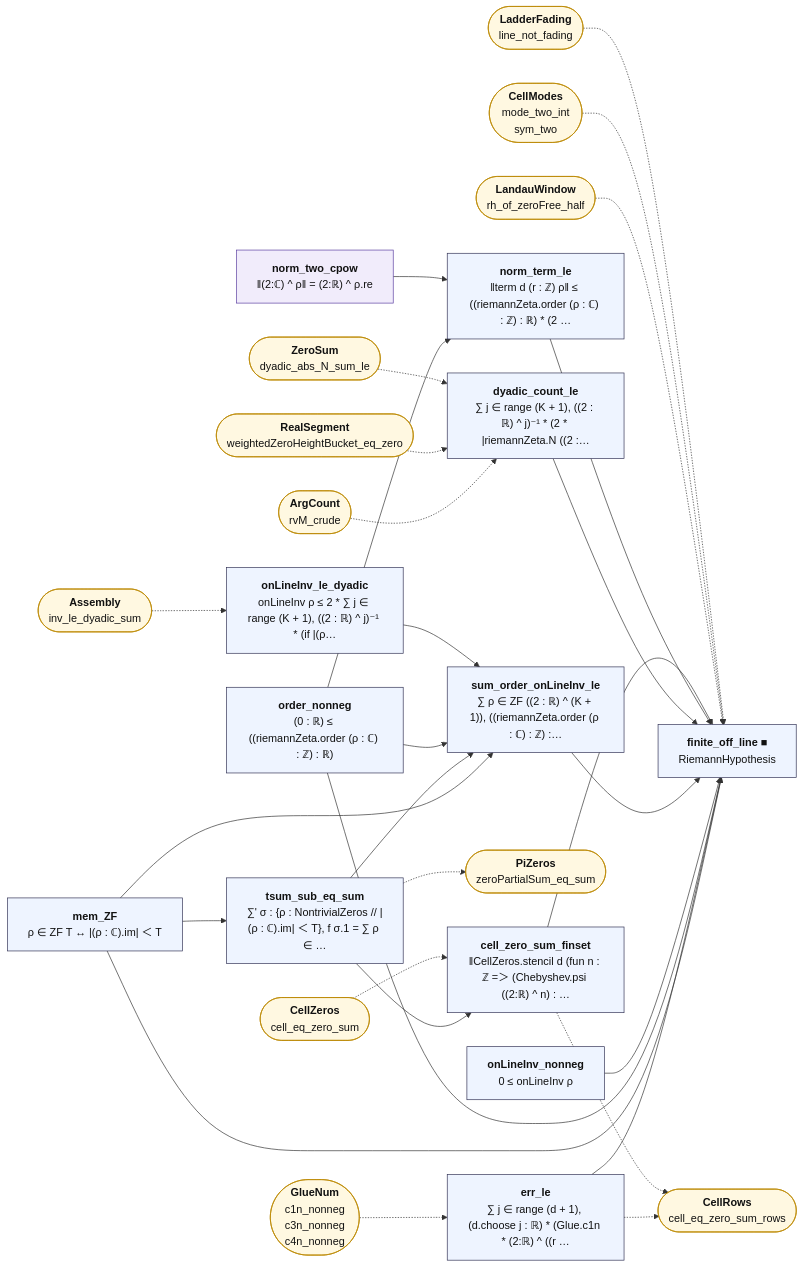
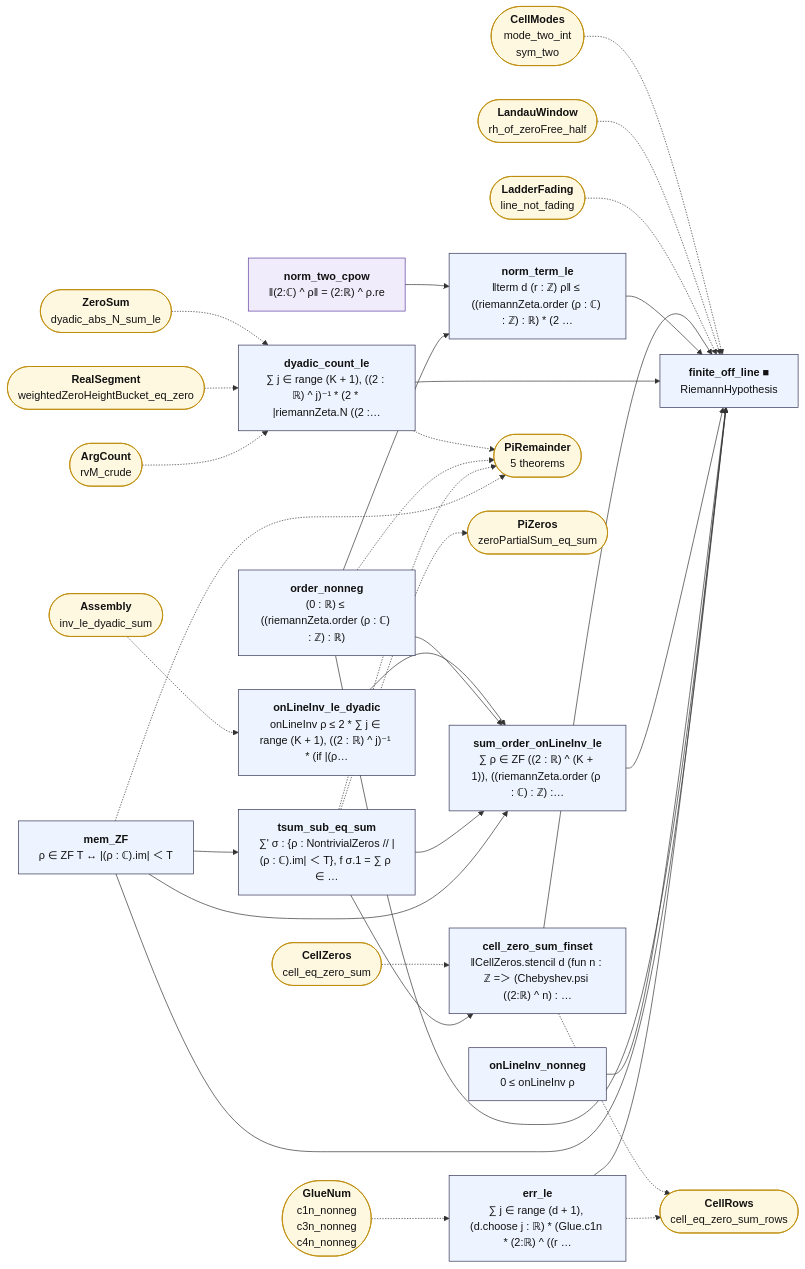
Before and after one commit to juliansambranojr/Primebeat_081426: the diagram in map/lean_stage3/FiniteOffLine.mmd, drawn with Mermaid. The commit also changed 35 other files, not shown here.

First line of the commit message:
T2b: the explicit formula's remainder, passed to the count, is of square-root size (unit 0444)

```diff
--- a/map/lean_stage3/FiniteOffLine.mmd
+++ b/map/lean_stage3/FiniteOffLine.mmd
@@ -1,60 +1,65 @@
 flowchart LR
   n0["<b>mem_ZF</b><br/>ρ ∈ ZF T ↔ |(ρ : ℂ).im| ＜ T"]:::thm
   n1["<b>tsum_sub_eq_sum</b><br/>∑' σ : {ρ : NontrivialZeros // |(ρ : ℂ).im| ＜ T}, f σ.1 = ∑ ρ ∈ …"]:::thm
   n2["<b>order_nonneg</b><br/>(0 : ℝ) ≤ ((riemannZeta.order (ρ : ℂ) : ℤ) : ℝ)"]:::thm
   n3["<b>onLineInv_nonneg</b><br/>0 ≤ onLineInv ρ"]:::thm
   n4["<b>onLineInv_le_dyadic</b><br/>onLineInv ρ ≤ 2 * ∑ j ∈ range (K + 1), ((2 : ℝ) ^ j)⁻¹ * (if |(ρ…"]:::thm
   n5["<b>sum_order_onLineInv_le</b><br/>∑ ρ ∈ ZF ((2 : ℝ) ^ (K + 1)), ((riemannZeta.order (ρ : ℂ) : ℤ) :…"]:::thm
   n6["<b>dyadic_count_le</b><br/>∑ j ∈ range (K + 1), ((2 : ℝ) ^ j)⁻¹ * (2 * |riemannZeta.N ((2 :…"]:::thm
   n7["<b>norm_two_cpow</b><br/>‖(2:ℂ) ^ ρ‖ = (2:ℝ) ^ ρ.re"]:::shp
   n8["<b>norm_term_le</b><br/>‖term d (r : ℤ) ρ‖ ≤ ((riemannZeta.order (ρ : ℂ) : ℤ) : ℝ) * (2 …"]:::thm
   n9["<b>cell_zero_sum_finset</b><br/>‖CellZeros.stencil d (fun n : ℤ =＞ (Chebyshev.psi ((2:ℝ) ^ n) : …"]:::thm
   n10["<b>err_le</b><br/>∑ j ∈ range (d + 1), (d.choose j : ℝ) * (Glue.c1n * (2:ℝ) ^ ((r …"]:::thm
   n11["<b>finite_off_line ■</b><br/>RiemannHypothesis"]:::thm
-  x0(["<b>PiZeros</b><br/>zeroPartialSum_eq_sum"]):::ext
-  x1(["<b>Assembly</b><br/>inv_le_dyadic_sum"]):::ext
-  x2(["<b>ArgCount</b><br/>rvM_crude"]):::ext
-  x3(["<b>RealSegment</b><br/>weightedZeroHeightBucket_eq_zero"]):::ext
-  x4(["<b>ZeroSum</b><br/>dyadic_abs_N_sum_le"]):::ext
-  x5(["<b>CellZeros</b><br/>cell_eq_zero_sum"]):::ext
-  x6(["<b>CellRows</b><br/>cell_eq_zero_sum_rows"]):::ext
-  x7(["<b>GlueNum</b><br/>c1n_nonneg<br/>c3n_nonneg<br/>c4n_nonneg"]):::ext
-  x8(["<b>CellModes</b><br/>mode_two_int<br/>sym_two"]):::ext
-  x9(["<b>LadderFading</b><br/>line_not_fading"]):::ext
-  x10(["<b>LandauWindow</b><br/>rh_of_zeroFree_half"]):::ext
+  x0(["<b>PiRemainder</b><br/>5 theorems"]):::ext
+  x1(["<b>PiZeros</b><br/>zeroPartialSum_eq_sum"]):::ext
+  x2(["<b>Assembly</b><br/>inv_le_dyadic_sum"]):::ext
+  x3(["<b>ArgCount</b><br/>rvM_crude"]):::ext
+  x4(["<b>RealSegment</b><br/>weightedZeroHeightBucket_eq_zero"]):::ext
+  x5(["<b>ZeroSum</b><br/>dyadic_abs_N_sum_le"]):::ext
+  x6(["<b>CellZeros</b><br/>cell_eq_zero_sum"]):::ext
+  x7(["<b>CellRows</b><br/>cell_eq_zero_sum_rows"]):::ext
+  x8(["<b>GlueNum</b><br/>c1n_nonneg<br/>c3n_nonneg<br/>c4n_nonneg"]):::ext
+  x9(["<b>CellModes</b><br/>mode_two_int<br/>sym_two"]):::ext
+  x10(["<b>LadderFading</b><br/>line_not_fading"]):::ext
+  x11(["<b>LandauWindow</b><br/>rh_of_zeroFree_half"]):::ext
   n0 --> n1
   n0 --> n11
   n0 --> n5
   n1 --> n5
   n1 --> n9
   n10 --> n11
   n2 --> n11
   n2 --> n5
   n2 --> n8
   n3 --> n11
   n4 --> n5
   n5 --> n11
   n6 --> n11
   n7 --> n8
   n8 --> n11
   n9 --> n11
+  n0 -.-> x0
   n1 -.-> x0
-  n10 -.-> x6
-  n9 -.-> x6
-  x1 -.-> n4
+  n1 -.-> x1
+  n10 -.-> x7
+  n2 -.-> x0
+  n6 -.-> x0
+  n9 -.-> x7
   x10 -.-> n11
-  x2 -.-> n6
+  x11 -.-> n11
+  x2 -.-> n4
   x3 -.-> n6
   x4 -.-> n6
-  x5 -.-> n9
-  x7 -.-> n10
-  x8 -.-> n11
+  x5 -.-> n6
+  x6 -.-> n9
+  x8 -.-> n10
   x9 -.-> n11
   classDef cnt fill:#dff5ec,stroke:#17694a,color:#111
   classDef shp fill:#f1ecfb,stroke:#5b3fa0,color:#111
   classDef rh fill:#ffe5e5,stroke:#c22,color:#111,stroke-width:2px
   classDef thm fill:#eef4ff,stroke:#335,color:#111
   classDef end_ fill:#e7f7e7,stroke:#2a7,color:#111,stroke-width:2px
   classDef lone fill:#fff,stroke:#999,color:#111,stroke-dasharray:4 3
   classDef bad fill:#ffe5e5,stroke:#c22,color:#111,stroke-width:2px
   classDef ext fill:#fff8e1,stroke:#b80,color:#111
```
